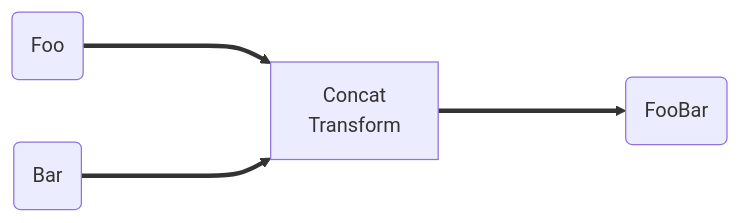
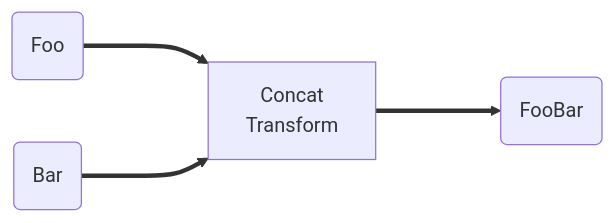
Before and after one commit to sailpoint-oss/developer.sailpoint.com: the fifth of 7 diagrams in docs/extensibility/transforms/index.md, drawn with Mermaid. The commit also changed other lines of this file and 1 other file, not shown here.

Commit message:
fix for labels on mermaid flowcharts

````diff
--- a/docs/extensibility/transforms/index.md
+++ b/docs/extensibility/transforms/index.md
@@ -71,5 +77,5 @@
 ```mermaid
 flowchart LR
-  id1(Foo) ====> id2[Concat\nTransform] ====> id3(FooBar)
-  id4(Bar) ====> id2[Concat\nTransform]
+  id1(Foo) ===> id2[Concat\nTransform] ===> id3(FooBar)
+  id4(Bar) ===> id2[Concat\nTransform]
 ```
````
